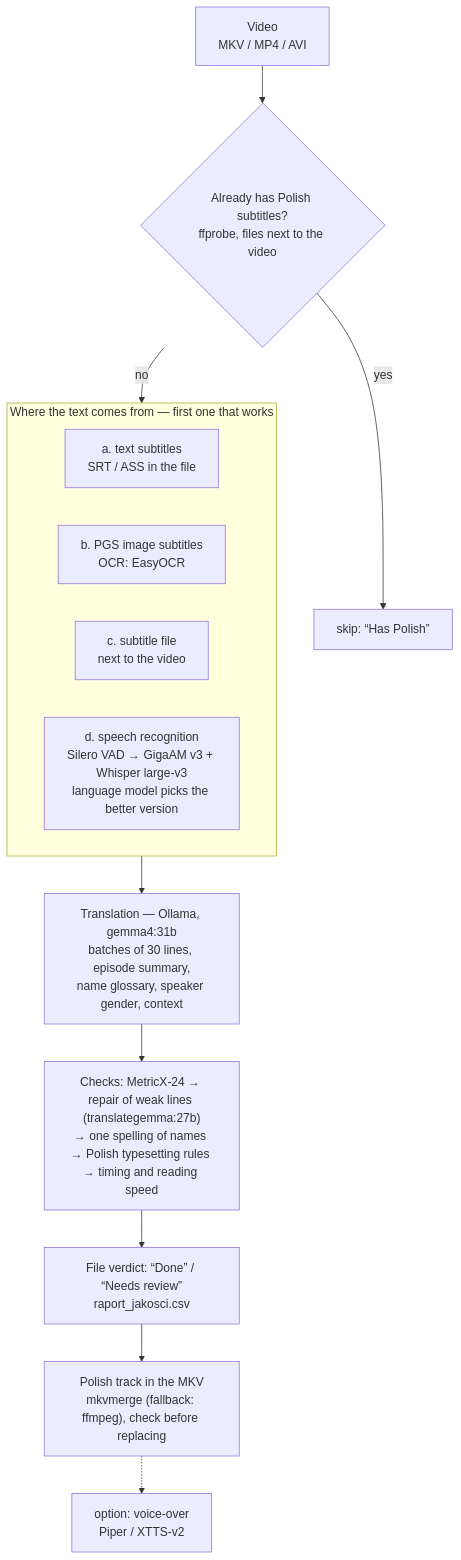
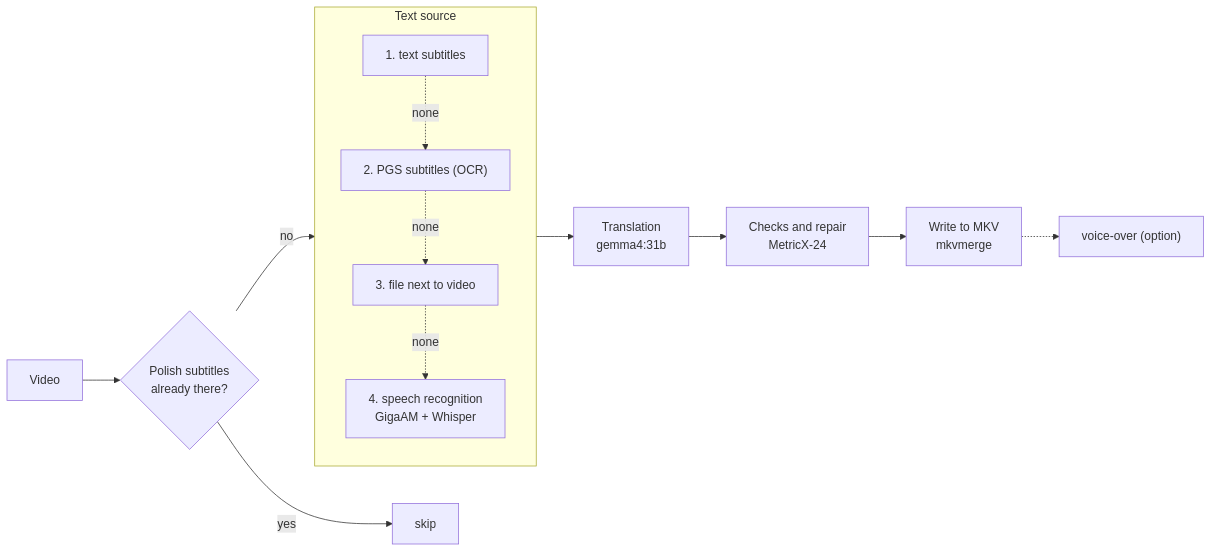
Before and after one commit to gregmol123/mkv-translator: the diagram in README.en.md, drawn with Mermaid. The commit also changed 1 other file, not shown here.

Commit message:
README: prostszy, poziomy schemat działania

````diff
--- a/README.en.md
+++ b/README.en.md
@@ -20,18 +20,16 @@
 ```mermaid
-flowchart TD
-    A["Video<br/>MKV / MP4 / AVI"] --> B{"Already has Polish subtitles?<br/>ffprobe, files next to the video"}
-    B -- yes --> Z["skip: “Has Polish”"]
-    B -- no --> S
-    subgraph S["Where the text comes from — first one that works"]
-        direction LR
-        S1["a. text subtitles<br/>SRT / ASS in the file"]
-        S2["b. PGS image subtitles<br/>OCR: EasyOCR"]
-        S3["c. subtitle file<br/>next to the video"]
-        S4["d. speech recognition<br/>Silero VAD → GigaAM v3 + Whisper large-v3<br/>language model picks the better version"]
+flowchart LR
+    A["Video"] --> B{"Polish subtitles<br/>already there?"}
+    B -- yes --> Z["skip"]
+    B -- no --> S1
+    subgraph S["Text source"]
+        direction TB
+        S1["1. text subtitles"] -. none .-> S2["2. PGS subtitles (OCR)"]
+        S2 -. none .-> S3["3. file next to video"]
+        S3 -. none .-> S4["4. speech recognition<br/>GigaAM + Whisper"]
     end
-    S --> T["Translation — Ollama, gemma4:31b<br/>batches of 30 lines, episode summary,<br/>name glossary, speaker gender, context"]
-    T --> Q["Checks: MetricX-24 → repair of weak lines (translategemma:27b)<br/>→ one spelling of names → Polish typesetting rules → timing and reading speed"]
-    Q --> O["File verdict: “Done” / “Needs review”<br/>raport_jakosci.csv"]
-    O --> M["Polish track in the MKV<br/>mkvmerge (fallback: ffmpeg), check before replacing"]
-    M -.-> L["option: voice-over<br/>Piper / XTTS-v2"]
+    S --> T["Translation<br/>gemma4:31b"]
+    T --> Q["Checks and repair<br/>MetricX-24"]
+    Q --> M["Write to MKV<br/>mkvmerge"]
+    M -.-> L["voice-over (option)"]
 ```
````
